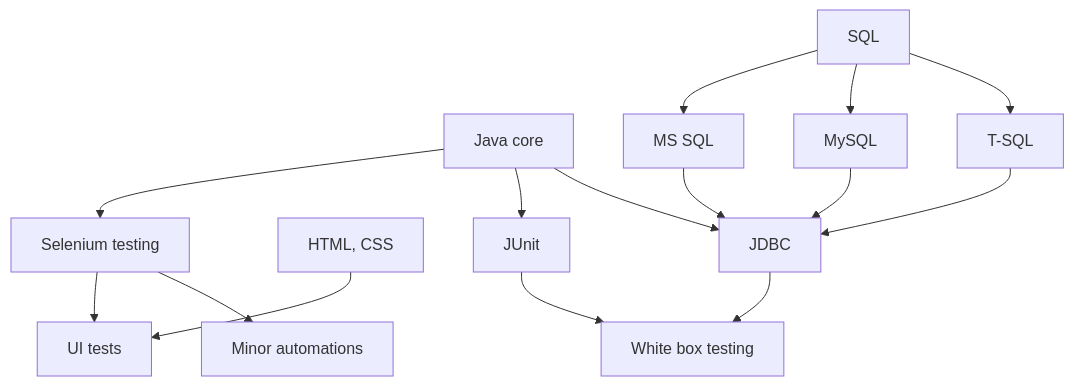
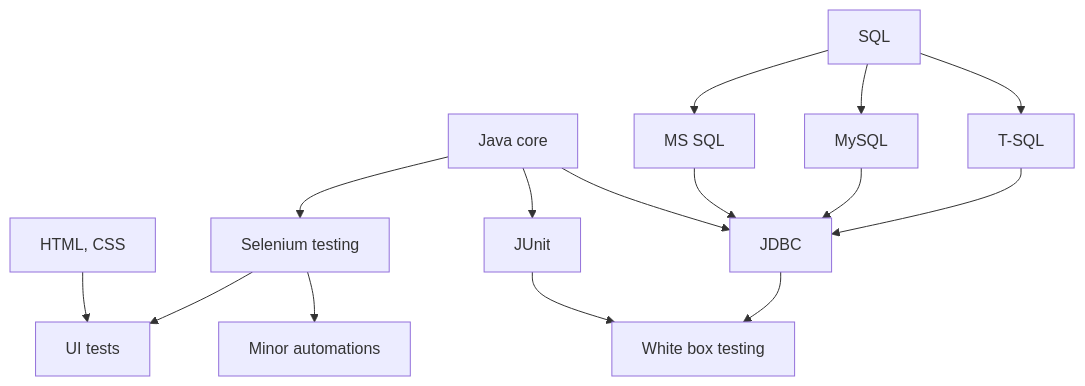
Before and after one commit to Eekain/Eekain: the diagram in README.md, drawn with Mermaid. The commit also changed other lines of this file, not shown here.

````diff
--- a/README.md
+++ b/README.md
@@ -19,16 +19,16 @@
 ```mermaid
   graph TD;
+      D[HTML, CSS] --> E[UI tests];
       A[Java core] --> B[Selenium testing];
-      D[HTML, CSS] --> E[UI tests];
       B --> E;
       B --> F[Minor automations];
       C[SQL] --> H[MS SQL];
       C --> I[MySQL];
       C --> J[T-SQL];
       A --> L[JUnit] --> K[White box testing];
       H --> G[JDBC];
       A --> G;
       I --> G;
       J --> G;
       G --> K;
 ```
````
